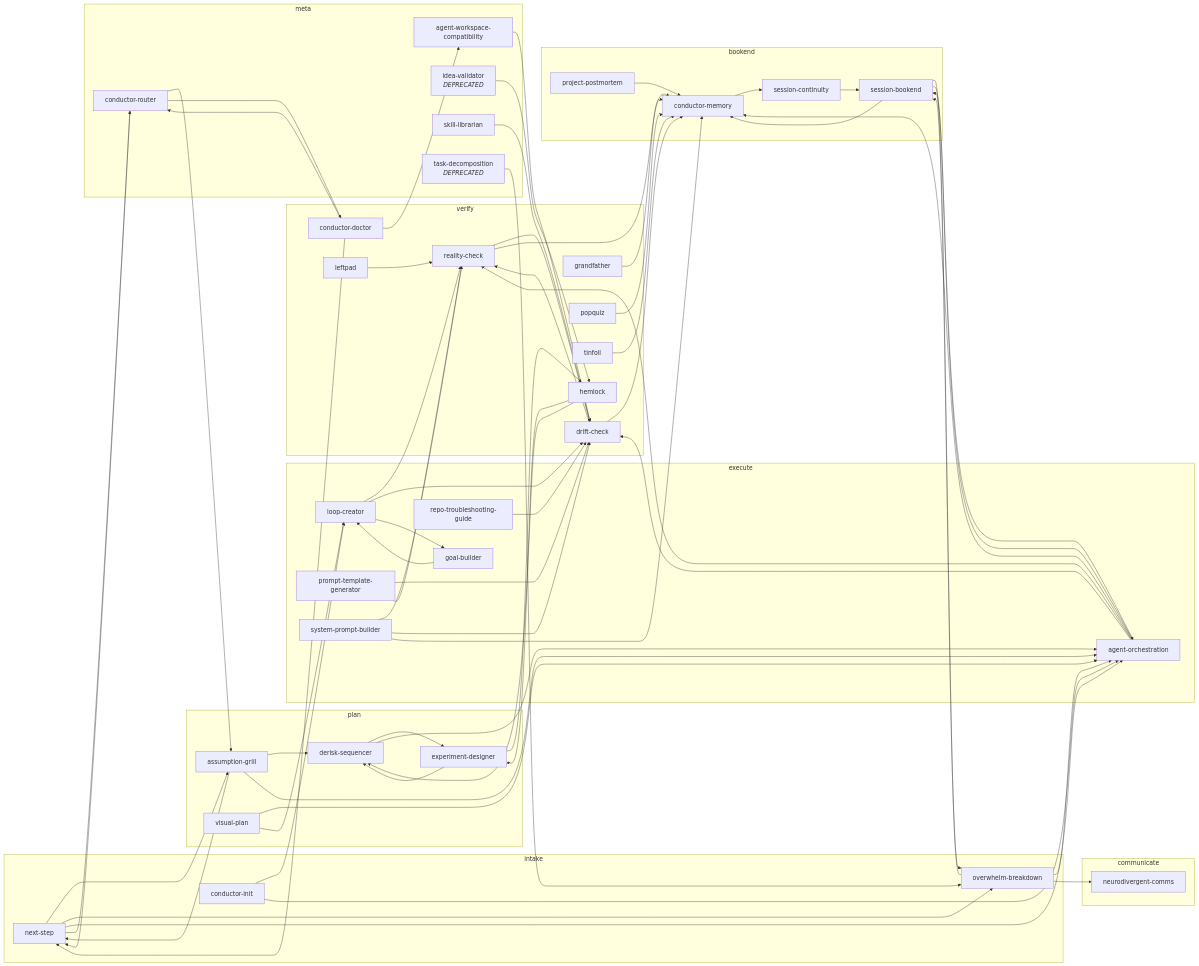
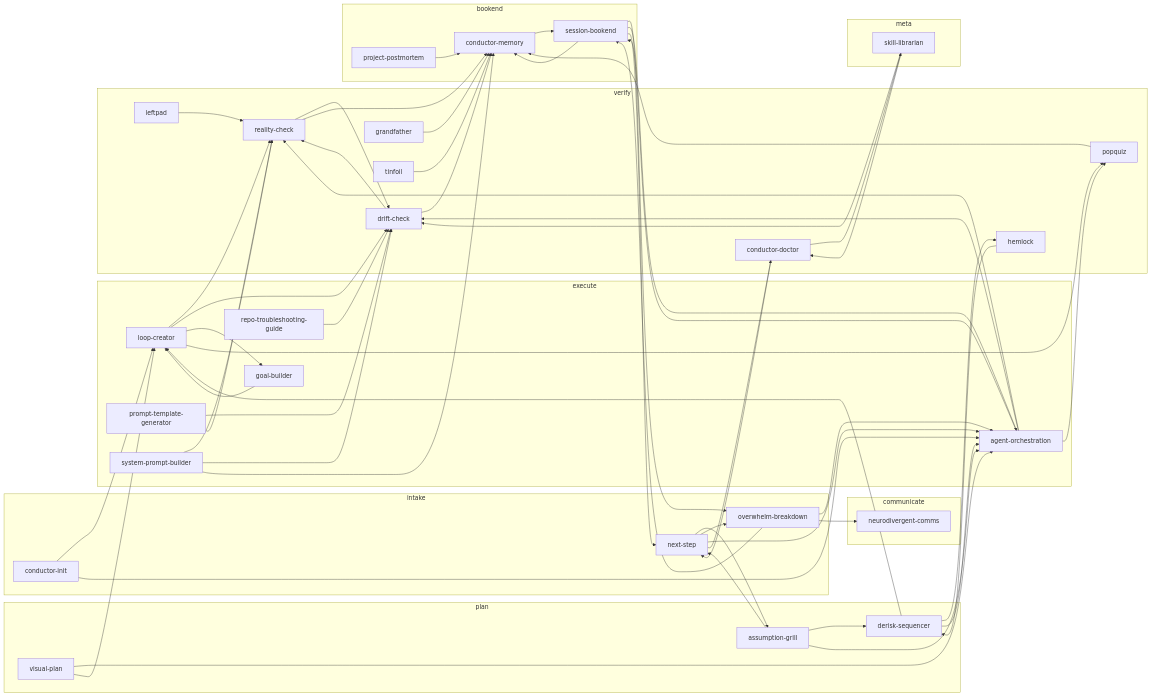
One commit to scoobydrew83/skills changed the diagram in skill-graph.md. Above: the diagram before and after it, drawn with Mermaid. The commit also changed other lines of this file and 110 other files, not shown here.

```diff
--- a/skill-graph.md
+++ b/skill-graph.md
@@ -51,7 +45,6 @@
   subgraph plan
     assumption-grill
     derisk-sequencer
-    experiment-designer
     visual-plan
   end
   subgraph execute
@@ -79,51 +72,39 @@
     conductor-memory
     project-postmortem
     session-bookend
-    session-continuity
   end
   subgraph meta
-    agent-workspace-compatibility
-    conductor-router
-    idea-validator["idea-validator<br/><i>DEPRECATED</i>"]
     skill-librarian
-    task-decomposition["task-decomposition<br/><i>DEPRECATED</i>"]
   end
+  agent-orchestration --> popquiz
   agent-orchestration --> reality-check
   agent-orchestration --> drift-check
-  agent-orchestration --> conductor-memory
   agent-orchestration --> session-bookend
-  agent-workspace-compatibility --> drift-check
   assumption-grill --> next-step
   assumption-grill --> derisk-sequencer
   assumption-grill --> agent-orchestration
   conductor-doctor --> next-step
-  conductor-doctor --> conductor-router
-  conductor-doctor --> agent-workspace-compatibility
+  conductor-doctor --> skill-librarian
   conductor-init --> loop-creator
   conductor-init --> agent-orchestration
-  conductor-memory --> session-continuity
-  conductor-router --> next-step
-  conductor-router --> assumption-grill
-  conductor-router --> conductor-doctor
-  derisk-sequencer --> experiment-designer
+  conductor-memory --> session-bookend
+  derisk-sequencer --> hemlock
   derisk-sequencer --> agent-orchestration
+  derisk-sequencer --> loop-creator
   drift-check --> reality-check
   drift-check --> conductor-memory
-  experiment-designer --> hemlock
-  experiment-designer --> derisk-sequencer
   goal-builder --> loop-creator
   grandfather --> conductor-memory
   hemlock --> derisk-sequencer
-  hemlock --> experiment-designer
-  idea-validator --> hemlock
   leftpad --> reality-check
   loop-creator --> reality-check
   loop-creator --> drift-check
   loop-creator --> goal-builder
+  loop-creator --> popquiz
   next-step --> assumption-grill
   next-step --> overwhelm-breakdown
   next-step --> agent-orchestration
-  next-step --> conductor-router
+  next-step --> conductor-doctor
   overwhelm-breakdown --> agent-orchestration
   overwhelm-breakdown --> neurodivergent-comms
   overwhelm-breakdown --> session-bookend
@@ -137,12 +118,12 @@
   session-bookend --> overwhelm-breakdown
   session-bookend --> agent-orchestration
   session-bookend --> conductor-memory
-  session-continuity --> session-bookend
+  session-bookend --> next-step
   skill-librarian --> drift-check
+  skill-librarian --> conductor-doctor
   system-prompt-builder --> reality-check
   system-prompt-builder --> drift-check
   system-prompt-builder --> conductor-memory
-  task-decomposition --> overwhelm-breakdown
   tinfoil --> conductor-memory
   visual-plan --> agent-orchestration
   visual-plan --> loop-creator
```
